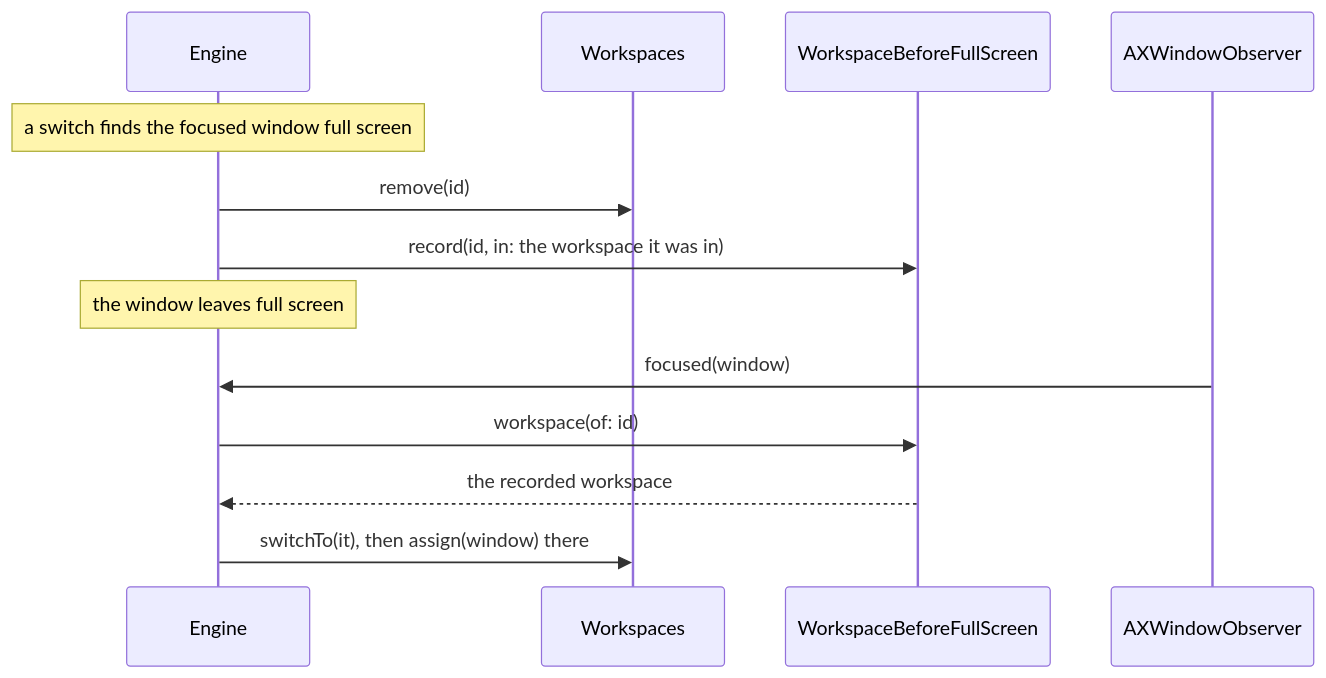
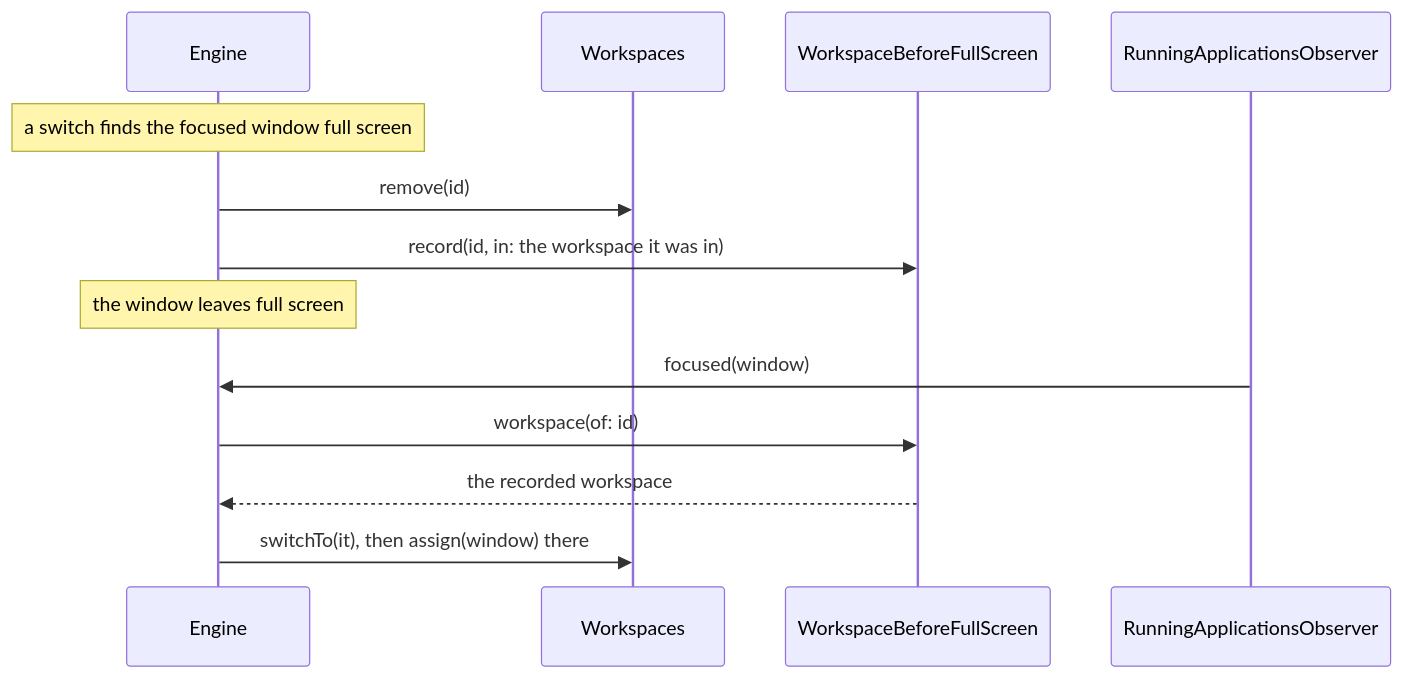
One commit to brennovich/ottowm changed diagram 12 of 18 in ARCHITECTURE.md. Above: the diagram before and after it, drawn with Mermaid. The commit also changed other lines of this file and 5 other files, not shown here.

First line of the commit message:
Rename AXWindowObserver to RunningApplicationsObserver

````diff
--- a/ARCHITECTURE.md
+++ b/ARCHITECTURE.md
@@ -282,11 +282,11 @@
 ```mermaid
 sequenceDiagram
     Note over Engine: a switch finds the focused window full screen
     Engine->>Workspaces: remove(id)
     Engine->>WorkspaceBeforeFullScreen: record(id, in: the workspace it was in)
     Note over Engine: the window leaves full screen
-    AXWindowObserver->>Engine: focused(window)
+    RunningApplicationsObserver->>Engine: focused(window)
     Engine->>WorkspaceBeforeFullScreen: workspace(of: id)
     WorkspaceBeforeFullScreen-->>Engine: the recorded workspace
     Engine->>Workspaces: switchTo(it), then assign(window) there
 ```
````
